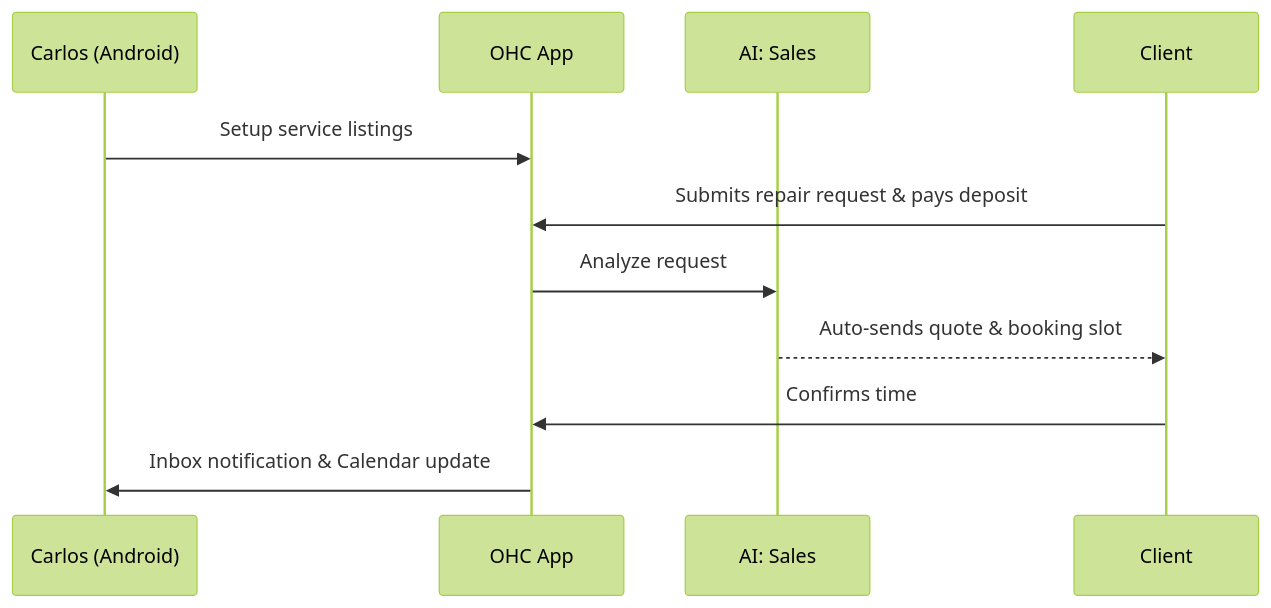
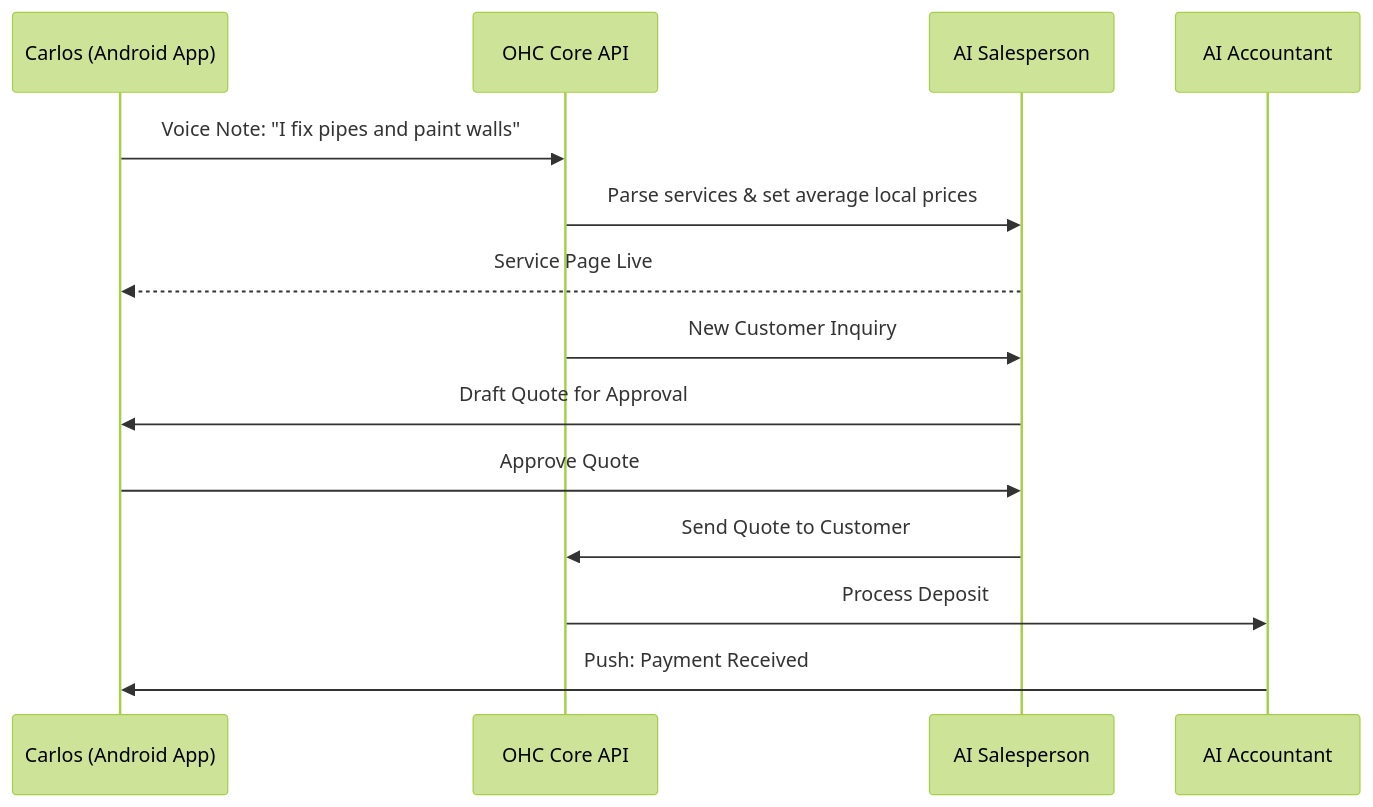
One commit to omnisolo-llc/onehumancorp changed the second of 5 diagrams in .agent-task/report/task_output.md. Above: the diagram before and after it, drawn with Mermaid (forest theme). The commit also changed other lines of this file, not shown here.

Commit message:
🧹 Maintainer: [architecture] Define Business Journey Architecture for all Personas

````diff
--- a/.agent-task/report/task_output.md
+++ b/.agent-task/report/task_output.md
@@ -60,14 +76,21 @@
 ```mermaid
 sequenceDiagram
-    participant Carlos as Carlos (Android)
-    participant OHC as OHC App
-    participant AI_Sales as AI: Sales
-    participant Customer as Client
+    participant Carlos as Carlos (Android App)
+    participant Core as OHC Core API
+    participant Sales as AI Salesperson
+    participant Fin as AI Accountant
 
-    Carlos->>OHC: Setup service listings
-    Customer->>OHC: Submits repair request & pays deposit
-    OHC->>AI_Sales: Analyze request
-    AI_Sales-->>Customer: Auto-sends quote & booking slot
-    Customer->>OHC: Confirms time
-    OHC->>Carlos: Inbox notification & Calendar update
+    Carlos->>Core: Voice Note: "I fix pipes and paint walls"
+    Core->>Sales: Parse services & set average local prices
+    Sales-->>Carlos: Service Page Live
+
+    %% Activation: Customer Request
+    Core->>Sales: New Customer Inquiry
+    Sales->>Carlos: Draft Quote for Approval
+    Carlos->>Sales: Approve Quote
+    Sales->>Core: Send Quote to Customer
+
+    %% Payment
+    Core->>Fin: Process Deposit
+    Fin->>Carlos: Push: Payment Received
 ```
````
